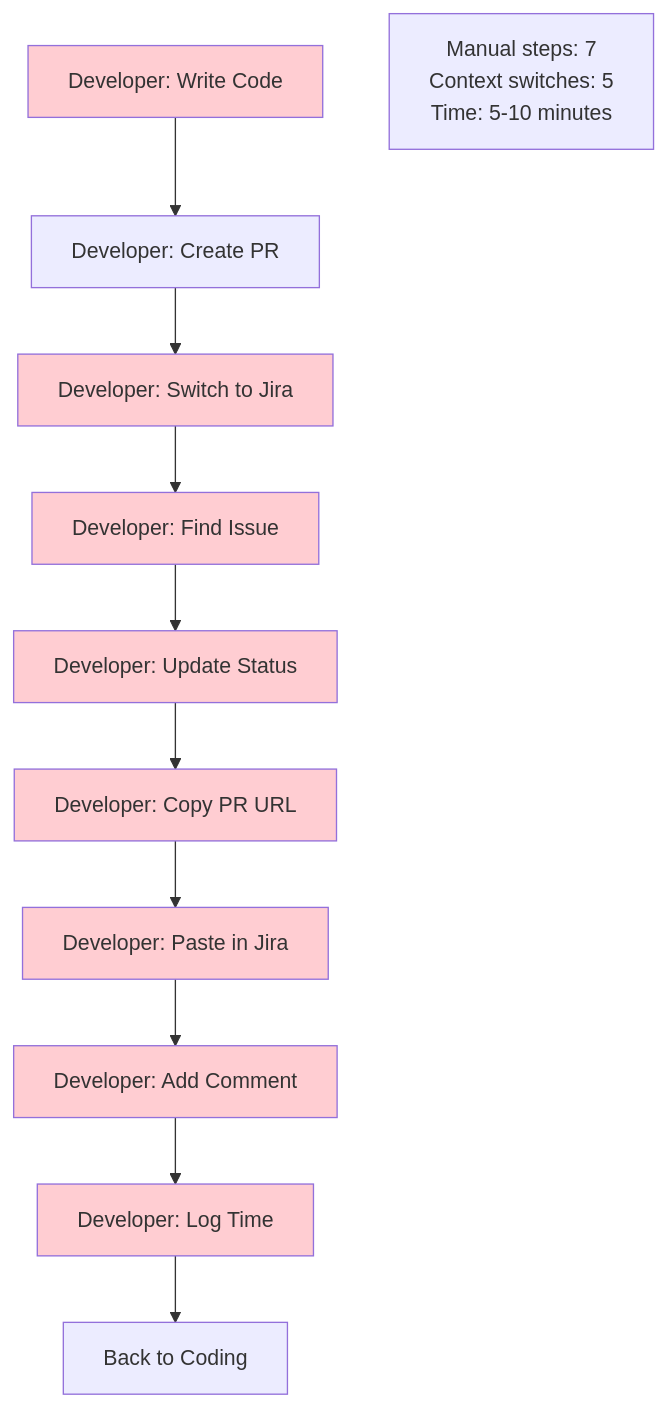
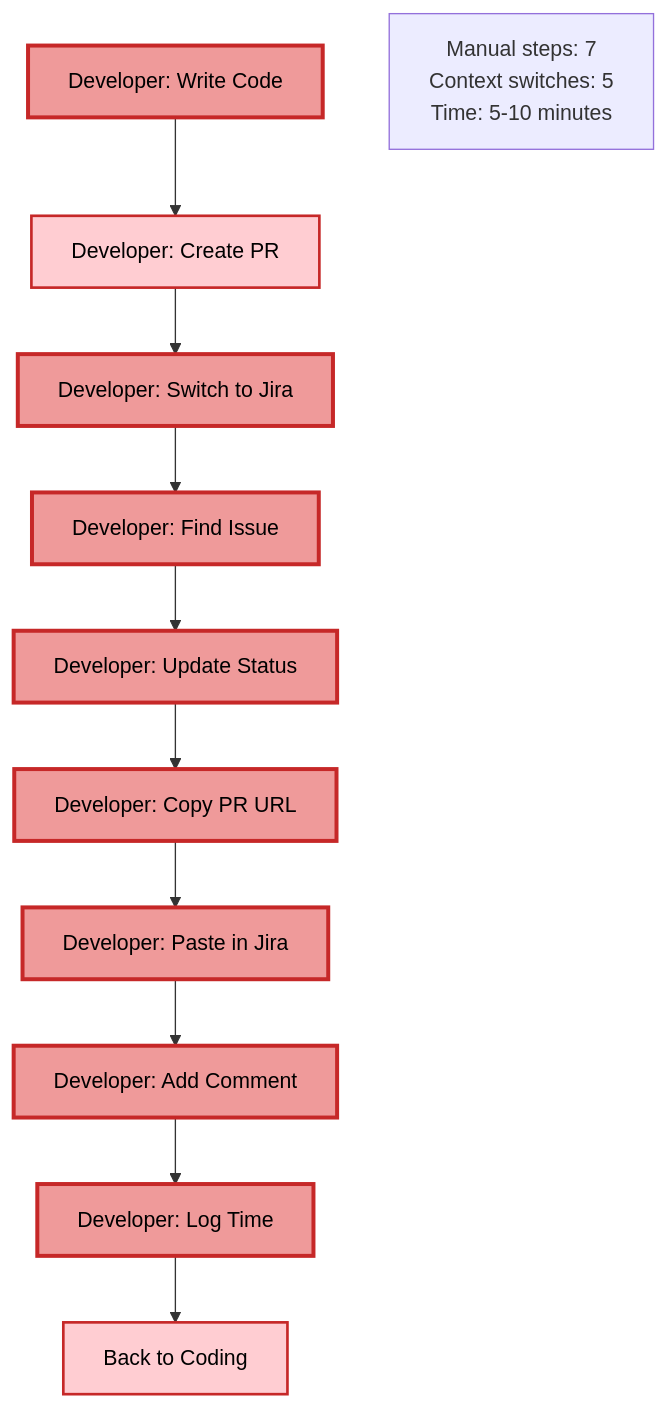
The fifth of 7 diagrams in UX_ARTIFACTS/WORKFLOW_VISUAL_DIAGRAM.md (proteus100/jira-demo-project), drawn with Mermaid before and after one commit. The commit also changed other lines of this file, not shown here.

First line of the commit message:
Improve diagram contrast for better accessibility

````diff
--- a/UX_ARTIFACTS/WORKFLOW_VISUAL_DIAGRAM.md
+++ b/UX_ARTIFACTS/WORKFLOW_VISUAL_DIAGRAM.md
@@ -125,23 +126,25 @@
 ```mermaid
 graph TD
     A[Developer: Write Code] --> B[Developer: Create PR]
     B --> C[Developer: Switch to Jira]
     C --> D[Developer: Find Issue]
     D --> E[Developer: Update Status]
     E --> F[Developer: Copy PR URL]
     F --> G[Developer: Paste in Jira]
     G --> H[Developer: Add Comment]
     H --> I[Developer: Log Time]
     I --> J[Back to Coding]
 
-    style A fill:#FFCDD2
-    style C fill:#FFCDD2
-    style D fill:#FFCDD2
-    style E fill:#FFCDD2
-    style F fill:#FFCDD2
-    style G fill:#FFCDD2
-    style H fill:#FFCDD2
-    style I fill:#FFCDD2
+    style A fill:#EF9A9A,stroke:#C62828,stroke-width:3px,color:#000
+    style B fill:#FFCDD2,stroke:#C62828,stroke-width:2px,color:#000
+    style C fill:#EF9A9A,stroke:#C62828,stroke-width:3px,color:#000
+    style D fill:#EF9A9A,stroke:#C62828,stroke-width:3px,color:#000
+    style E fill:#EF9A9A,stroke:#C62828,stroke-width:3px,color:#000
+    style F fill:#EF9A9A,stroke:#C62828,stroke-width:3px,color:#000
+    style G fill:#EF9A9A,stroke:#C62828,stroke-width:3px,color:#000
+    style H fill:#EF9A9A,stroke:#C62828,stroke-width:3px,color:#000
+    style I fill:#EF9A9A,stroke:#C62828,stroke-width:3px,color:#000
+    style J fill:#FFCDD2,stroke:#C62828,stroke-width:2px,color:#000
 
     note[Manual steps: 7<br/>Context switches: 5<br/>Time: 5-10 minutes]
 ```
````
